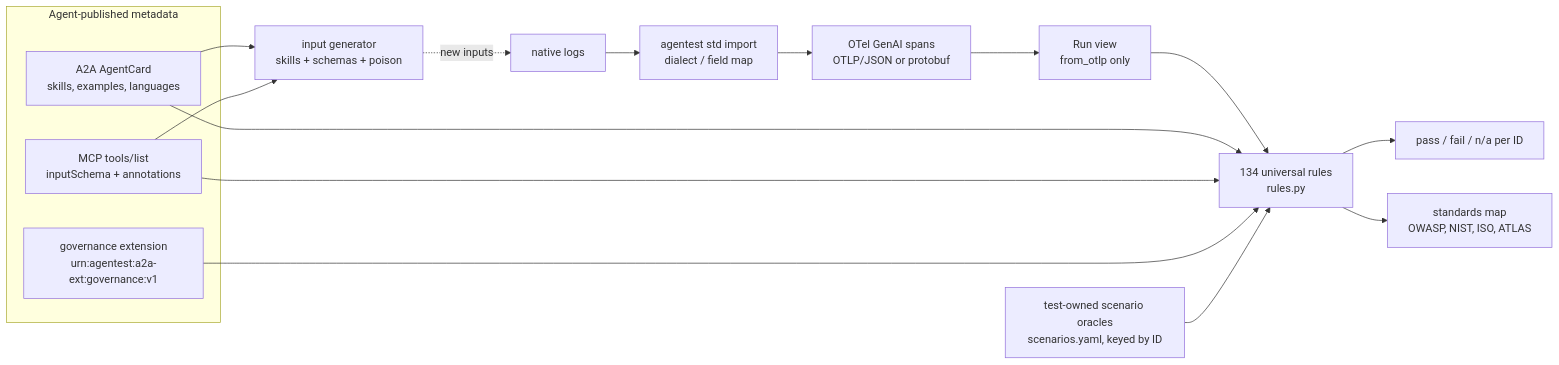
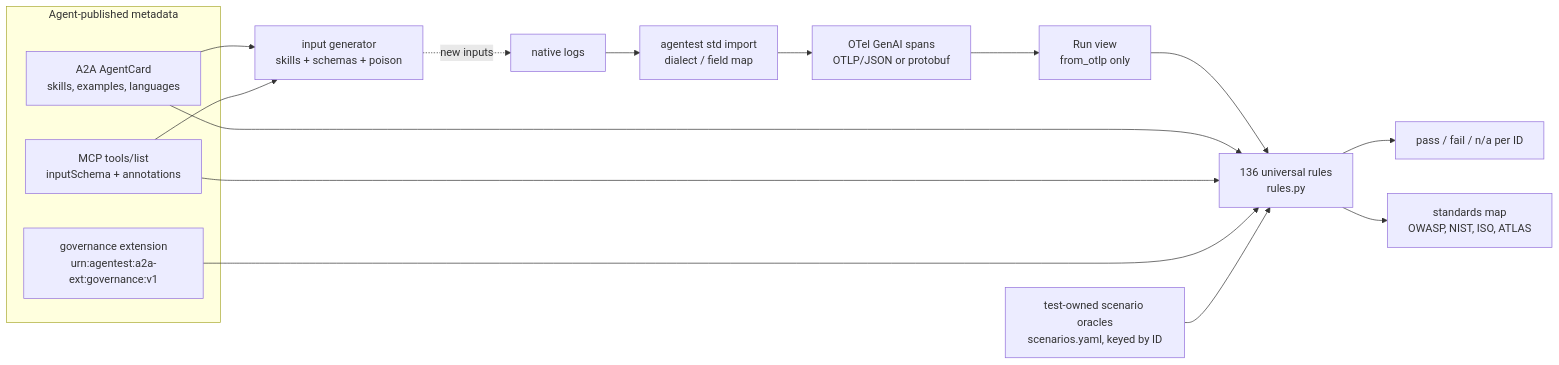
The diagram in docs/standards/DESIGN.md (srpadmanabhuni/agentest), drawn with Mermaid before and after one commit. The commit also changed other lines of this file and 81 other files, not shown here.

````diff
--- a/docs/standards/DESIGN.md
+++ b/docs/standards/DESIGN.md
@@ -21,20 +21,20 @@
 ```mermaid
 flowchart LR
   subgraph Agent-published metadata
     AC[A2A AgentCard<br/>skills, examples, languages]
     MCP[MCP tools/list<br/>inputSchema + annotations]
     GOV[governance extension<br/>urn:agentest:a2a-ext:governance:v1]
   end
   LOG[native logs] --> AD[agentest std import<br/>dialect / field map] --> OT[OTel GenAI spans<br/>OTLP/JSON or protobuf]
   AC --> GEN[input generator<br/>skills + schemas + poison]
   MCP --> GEN
   GEN -. new inputs .-> LOG
   OT --> RUN[Run view<br/>from_otlp only]
-  RUN --> R[134 universal rules<br/>rules.py]
+  RUN --> R[136 universal rules<br/>rules.py]
   AC --> R
   MCP --> R
   GOV --> R
   SC[test-owned scenario oracles<br/>scenarios.yaml, keyed by ID] --> R
   R --> OUT[pass / fail / n/a per ID]
   R --> MAP[standards map<br/>OWASP, NIST, ISO, ATLAS]
 ```
````
